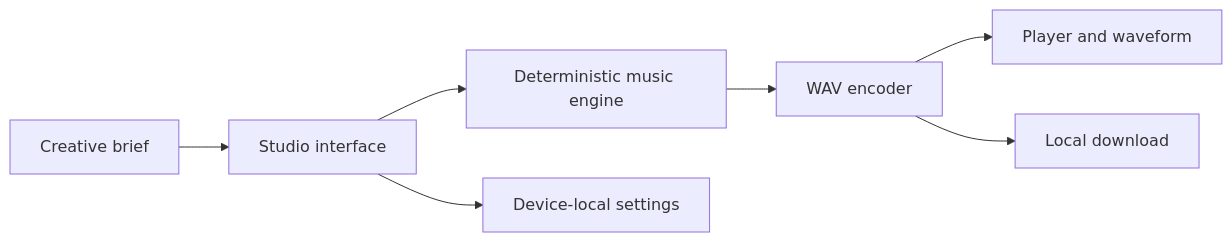
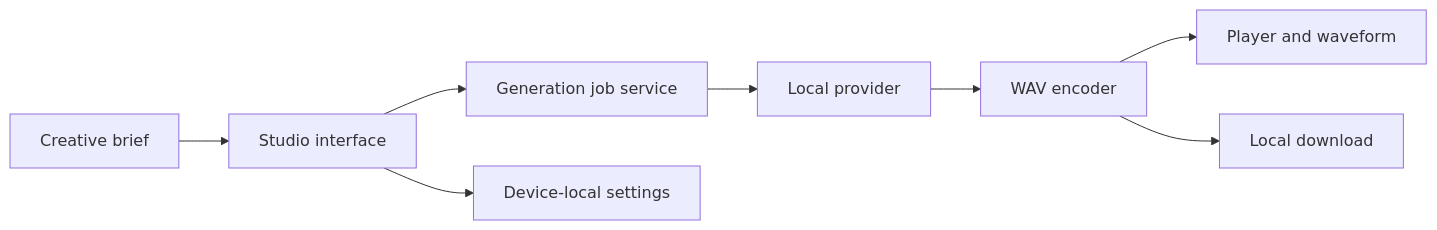
Before and after one commit to drewc611/TONEARA: the diagram in docs/ARCHITECTURE.md, drawn with Mermaid. The commit also changed other lines of this file and 10 other files, not shown here.

Commit message:
feat: add provider-neutral generation jobs

````diff
--- a/docs/ARCHITECTURE.md
+++ b/docs/ARCHITECTURE.md
@@ -5,9 +5,10 @@
 ```mermaid
 flowchart LR
     U[Creative brief] --> UI[Studio interface]
-    UI --> E[Deterministic music engine]
+    UI --> J[Generation job service]
+    J --> E[Local provider]
     E --> W[WAV encoder]
     W --> P[Player and waveform]
     W --> D[Local download]
     UI --> L[Device-local settings]
 ```
````
